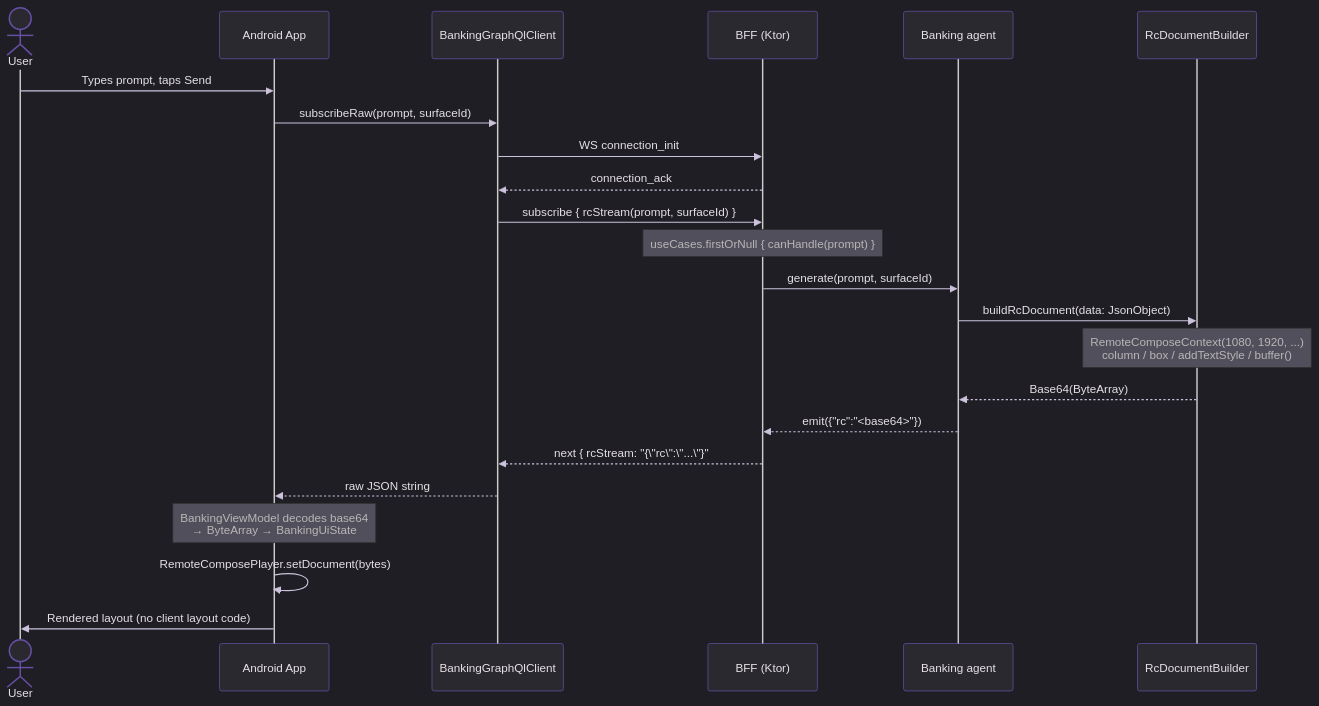
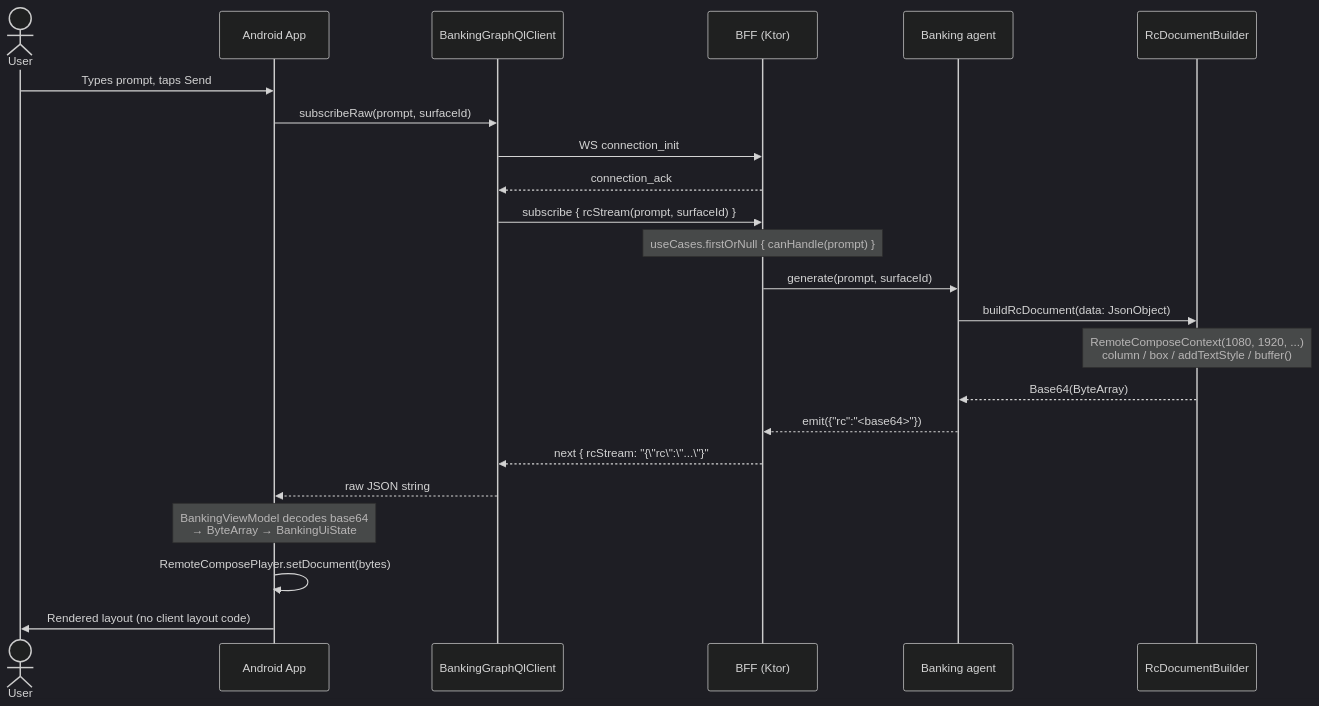
One commit to dgurnick/a2ui-exploration changed the diagram in README.md. Above: the diagram before and after it, drawn with Mermaid. The commit also changed 3 other files, not shown here.

````diff
--- a/README.md
+++ b/README.md
@@ -47,31 +47,31 @@
 ```mermaid
-%%{init: {'theme': 'dark', 'themeVariables': {'primaryColor': '#6650A4', 'primaryTextColor': '#E6E1E5', 'primaryBorderColor': '#CCC2DC', 'lineColor': '#CCC2DC', 'secondaryColor': '#1C1B1F', 'tertiaryColor': '#2B2930', 'background': '#1C1B1F', 'mainBkg': '#2B2930', 'nodeBorder': '#625B71', 'clusterBkg': '#2B2930', 'titleColor': '#E6E1E5', 'edgeLabelBackground': '#2B2930', 'actorBkg': '#2B2930', 'actorBorder': '#6650A4', 'actorTextColor': '#E6E1E5', 'activationBkgColor': '#6650A4', 'activationBorderColor': '#CCC2DC', 'signalColor': '#CCC2DC', 'signalTextColor': '#E6E1E5'}}}%%
+%%{init: {'theme': 'dark'}}%%
 sequenceDiagram
     actor User
     participant App    as Android App
     participant GQL    as BankingGraphQlClient
     participant BFF    as BFF (Ktor)
     participant Agent  as Banking agent
     participant RC     as RcDocumentBuilder
 
     User->>App: Types prompt, taps Send
     App->>GQL: subscribeRaw(prompt, surfaceId)
     GQL->>BFF: WS connection_init
     BFF-->>GQL: connection_ack
     GQL->>BFF: subscribe { rcStream(prompt, surfaceId) }
 
     Note over BFF: useCases.firstOrNull { canHandle(prompt) }
     BFF->>Agent: generate(prompt, surfaceId)
     Agent->>RC: buildRcDocument(data: JsonObject)
 
     Note over RC: RemoteComposeContext(1080, 1920, ...)<br/>column / box / addTextStyle / buffer()
     RC-->>Agent: Base64(ByteArray)
 
     Agent-->>BFF: emit({"rc":"<base64>"})
     BFF-->>GQL: next { rcStream: "{\"rc\":\"...\"}"
     GQL-->>App: raw JSON string
 
     Note over App: BankingViewModel decodes base64<br/>→ ByteArray → BankingUiState
     App->>App: RemoteComposePlayer.setDocument(bytes)
     App->>User: Rendered layout (no client layout code)
 ```
````
